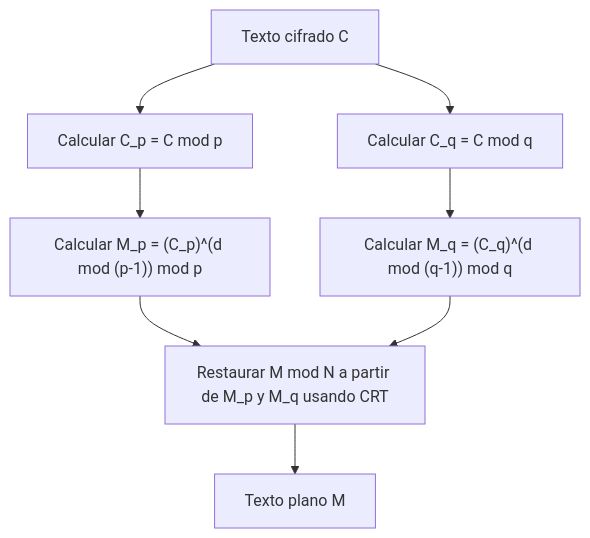
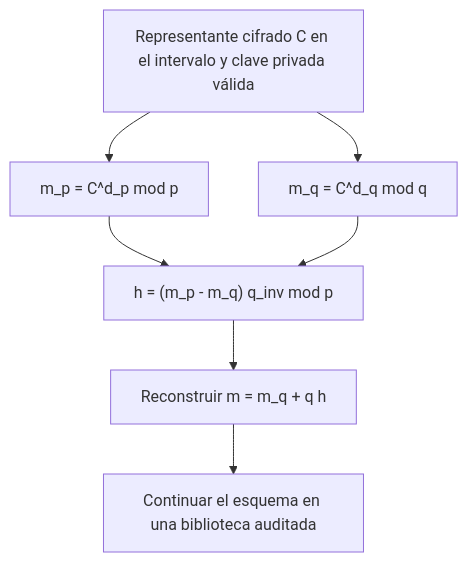
One commit to kenjinote/blog changed the diagram in content/post/chinese-remainder-theorem/index.es.md. Above: the diagram before and after it, drawn with Mermaid. The commit also changed other lines of this file and 5 other files, not shown here.

````diff
--- a/content/post/chinese-remainder-theorem/index.es.md
+++ b/content/post/chinese-remainder-theorem/index.es.md
@@ -127,10 +133,9 @@
 ```mermaid
-graph TD
-    A["Texto cifrado C"] --> B["Calcular C_p = C mod p"]
-    A --> C["Calcular C_q = C mod q"]
-    B --> D["Calcular M_p = (C_p)^(d mod (p-1)) mod p"]
-    C --> E["Calcular M_q = (C_q)^(d mod (q-1)) mod q"]
-    D --> F["Restaurar M mod N a partir de M_p y M_q usando CRT"]
-    E --> F
-    F --> G["Texto plano M"]
+flowchart TD
+    A["Representante cifrado C en el intervalo y clave privada válida"] --> B["m_p = C^d_p mod p"]
+    A --> C["m_q = C^d_q mod q"]
+    B --> D["h = (m_p - m_q) q_inv mod p"]
+    C --> D
+    D --> E["Reconstruir m = m_q + q h"]
+    E --> F["Continuar el esquema en una biblioteca auditada"]
 ```
````
